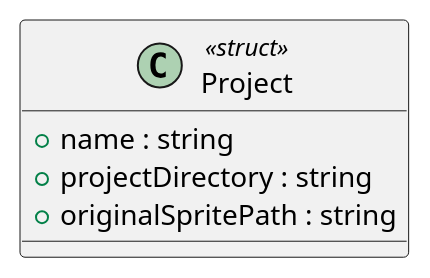
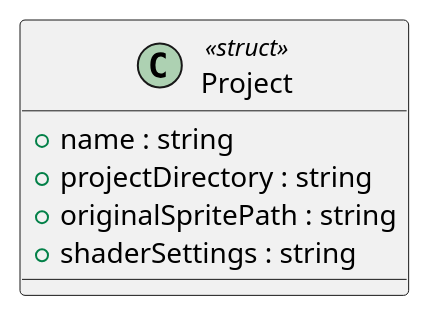
Before and after one commit to streepje8/ToolDev2023: the diagram in UML/ProjectSystem/Project.puml, drawn with PlantUML. The commit also changed 13 other files, not shown here.

Commit message:
Generate UML (Generate UML)

```diff
--- a/UML/ProjectSystem/Project.puml
+++ b/UML/ProjectSystem/Project.puml
@@ -1,7 +1,8 @@
 @startuml
 class Project <<struct>> {
     + name : string
     + projectDirectory : string
     + originalSpritePath : string
+    + shaderSettings : string
 }
 @enduml
```
